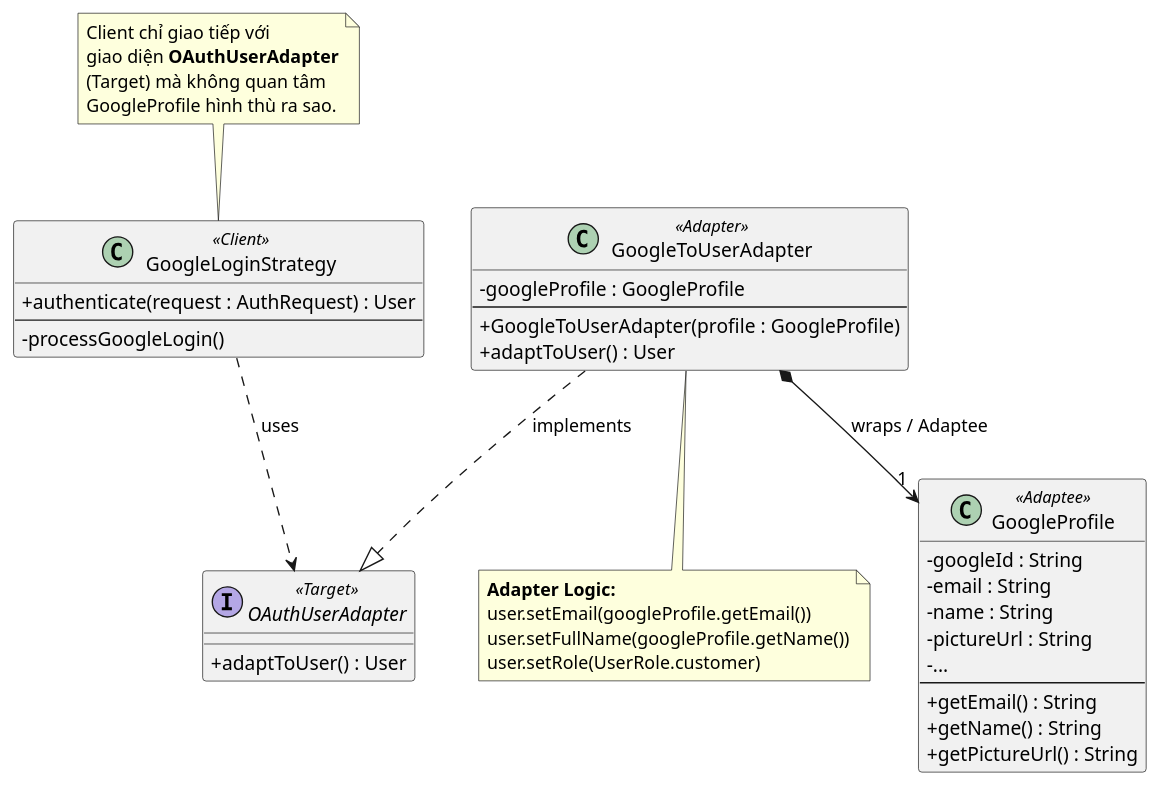
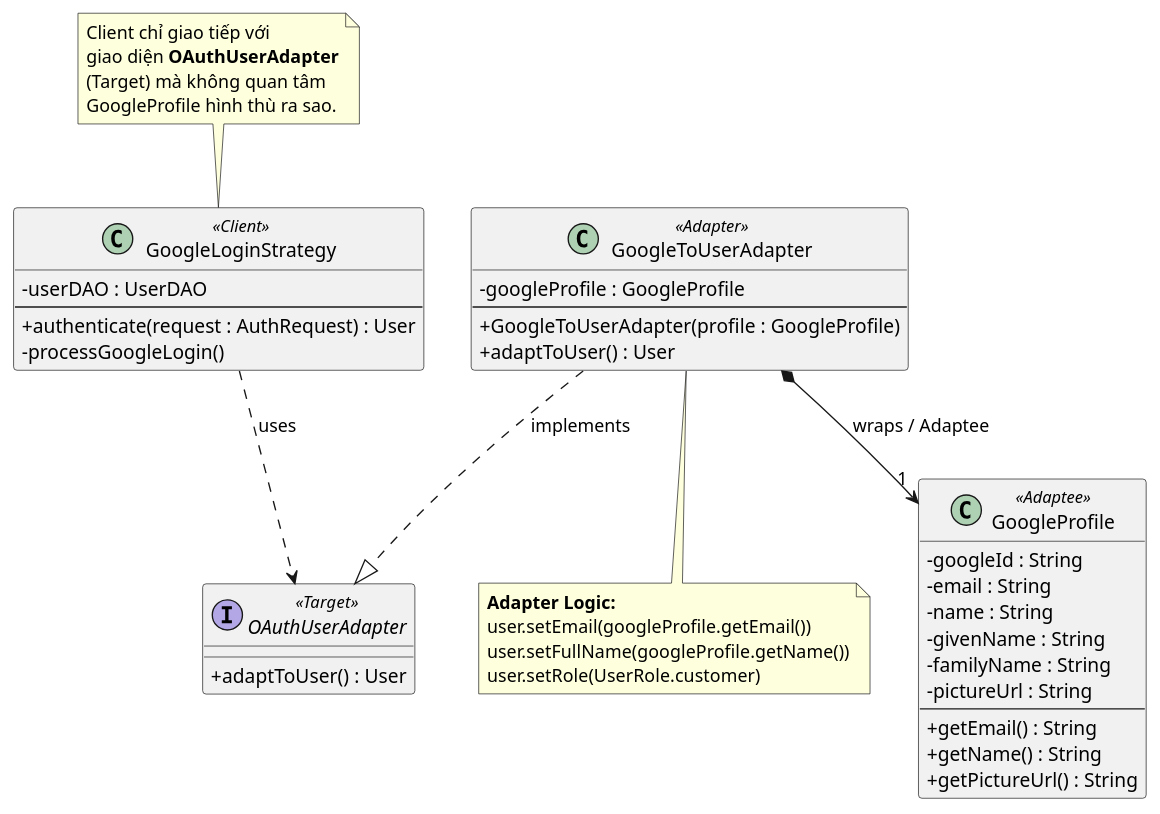
One commit to trihieuvo/justFUML changed the diagram in src/Khanh_Pattern_Puml/adapter_auth.puml. Above: the diagram before and after it, drawn with PlantUML. The commit also changed 8 other files, not shown here.

First line of the commit message:
Update UML diagrams and add design patterns report

```diff
--- a/src/Khanh_Pattern_Puml/adapter_auth.puml
+++ b/src/Khanh_Pattern_Puml/adapter_auth.puml
@@ -1,57 +1,59 @@
 @startuml
 skinparam ClassAttributeIconSize 0
 
 ' --- Adaptee (Lớp cần được tương thích) ---
 class GoogleProfile <<Adaptee>> {
     - googleId : String
     - email : String
     - name : String
+    - givenName : String
+    - familyName : String
     - pictureUrl : String
-    - ...
     --
     + getEmail() : String
     + getName() : String
     + getPictureUrl() : String
 }
 
 ' --- Target (Giao diện mong muốn) ---
 interface OAuthUserAdapter <<Target>> {
     + adaptToUser() : User
 }
 
 ' --- Adapter (Lớp bọc/chuyển đổi) ---
 class GoogleToUserAdapter <<Adapter>> {
     - googleProfile : GoogleProfile
     --
     + GoogleToUserAdapter(profile : GoogleProfile)
     + adaptToUser() : User
 }
 
 ' --- Client (Người sử dụng) ---
 class GoogleLoginStrategy <<Client>> {
+    - userDAO : UserDAO
+    --
     + authenticate(request : AuthRequest) : User
-    --
     - processGoogleLogin()
 }
 
 ' --- Relationships ---
 GoogleToUserAdapter ..|> OAuthUserAdapter : implements
 GoogleToUserAdapter *--> "1" GoogleProfile : "wraps / Adaptee"
 GoogleLoginStrategy ..> OAuthUserAdapter : "uses"
 
 ' --- Notes ---
 note bottom of GoogleToUserAdapter
   **Adapter Logic:**
   user.setEmail(googleProfile.getEmail())
   user.setFullName(googleProfile.getName())
   user.setRole(UserRole.customer)
 end note
 
 note top of GoogleLoginStrategy
   Client chỉ giao tiếp với
   giao diện **OAuthUserAdapter**
   (Target) mà không quan tâm 
   GoogleProfile hình thù ra sao.
 end note
 
 @enduml
```
